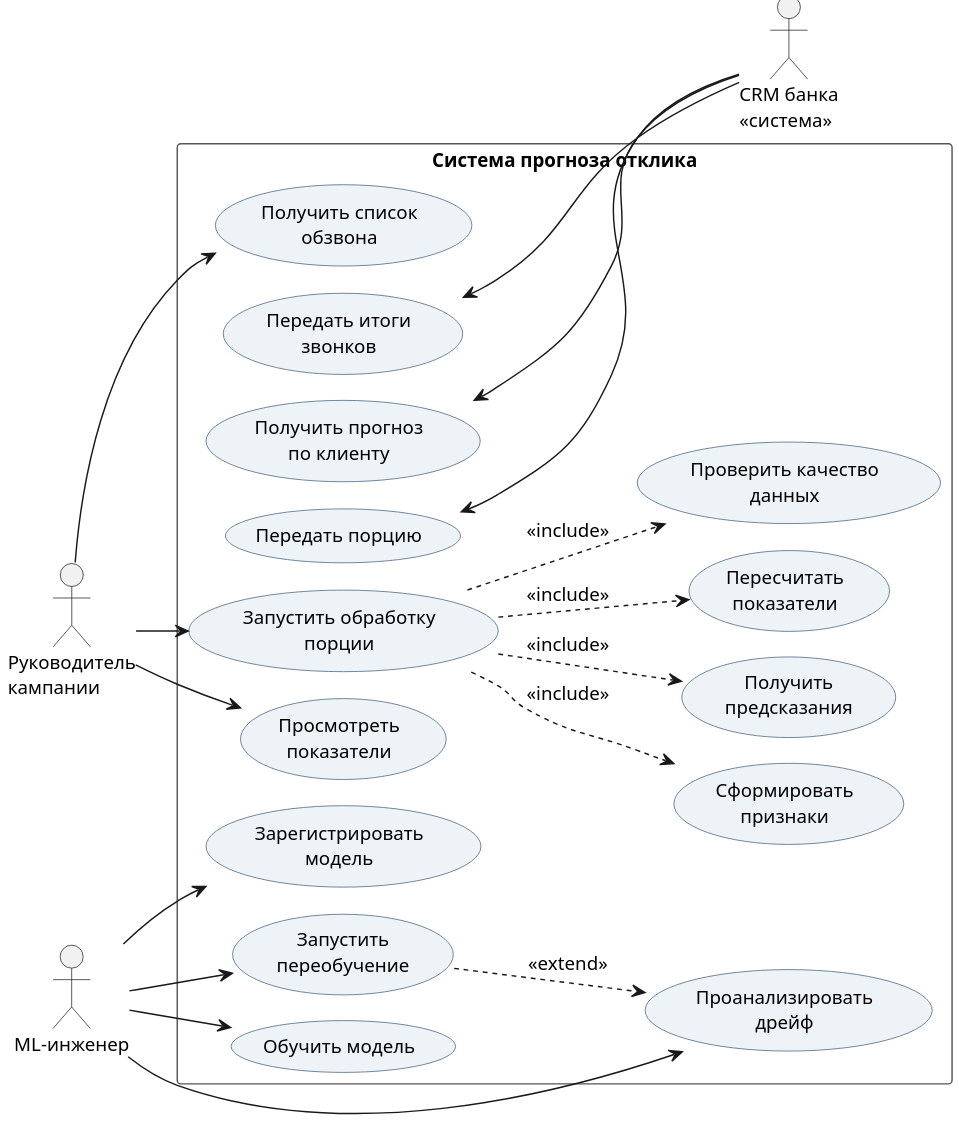
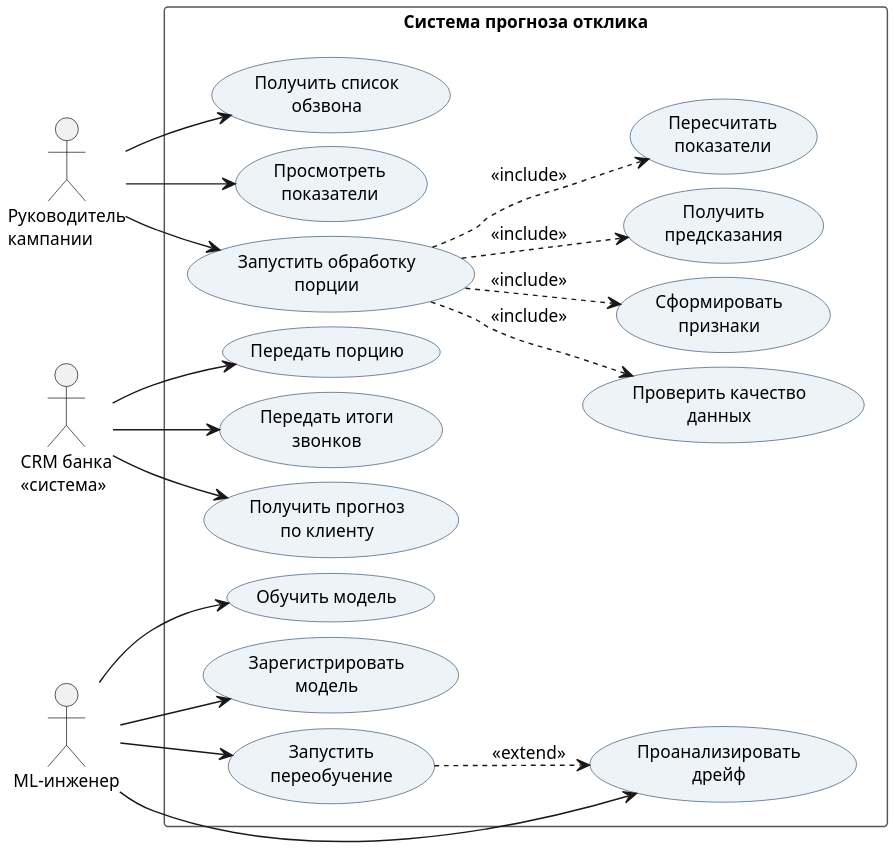
The diagram in docs/architecture/use_cases.puml (Lishangie/bank-marketing-mlops), drawn with PlantUML before and after one commit. The commit also changed 13 other files, not shown here.

First line of the commit message:
Диаграммы под книжную страницу: все рис_2_1…2_5 ≤ 17 × 19 см при кегле ≥ 12

```diff
--- a/docs/architecture/use_cases.puml
+++ b/docs/architecture/use_cases.puml
@@ -1,54 +1,52 @@
 @startuml use_cases
-!pragma layout smetana
 skinparam dpi 200
 skinparam defaultFontName Arial
-skinparam defaultFontSize 13
+skinparam defaultFontSize 12
 skinparam shadowing false
+skinparam nodesep 10
+skinparam ranksep 20
 skinparam usecase {
   BackgroundColor #EEF3F8
   BorderColor #3C5A78
 }
 skinparam rectangle {
   BorderColor #555555
 }
 left to right direction
+' Все акторы слева: связи входят в границу системы сбоку и не пересекают её заголовок.
 
 actor "Руководитель\nкампании" as manager
+actor "CRM банка\n<<система>>" as crm
 actor "ML-инженер" as mle
-actor "CRM банка\n<<система>>" as crm
-
 rectangle "Система прогноза отклика" {
+  usecase "Получить список\nобзвона" as calllist
+  usecase "Просмотреть\nпоказатели" as view
   usecase "Запустить обработку\nпорции" as run
+  usecase "Передать порцию" as send
+  usecase "Передать итоги\nзвонков" as results
+  usecase "Получить прогноз\nпо клиенту" as single
   usecase "Проверить качество\nданных" as check
   usecase "Сформировать\nпризнаки" as feats
   usecase "Получить\nпредсказания" as predict
   usecase "Пересчитать\nпоказатели" as kpi
-  usecase "Просмотреть\nпоказатели" as view
-  usecase "Получить список\nобзвона" as calllist
-  usecase "Получить прогноз\nпо клиенту" as single
-  usecase "Передать порцию" as send
-  usecase "Передать итоги\nзвонков" as results
   usecase "Обучить модель" as train
   usecase "Зарегистрировать\nмодель" as register
   usecase "Проанализировать\nдрейф" as drift
   usecase "Запустить\nпереобучение" as retrain
 }
-
 manager --> run
 manager --> view
 manager --> calllist
 run ..> check : <<include>>
 run ..> feats : <<include>>
 run ..> predict : <<include>>
 run ..> kpi : <<include>>
-
-single <-- crm
-send <-- crm
-results <-- crm
-
+crm --> send
+crm --> results
+crm --> single
 mle --> train
 mle --> register
 mle --> drift
 mle --> retrain
 retrain ..> drift : <<extend>>
 @enduml
```
